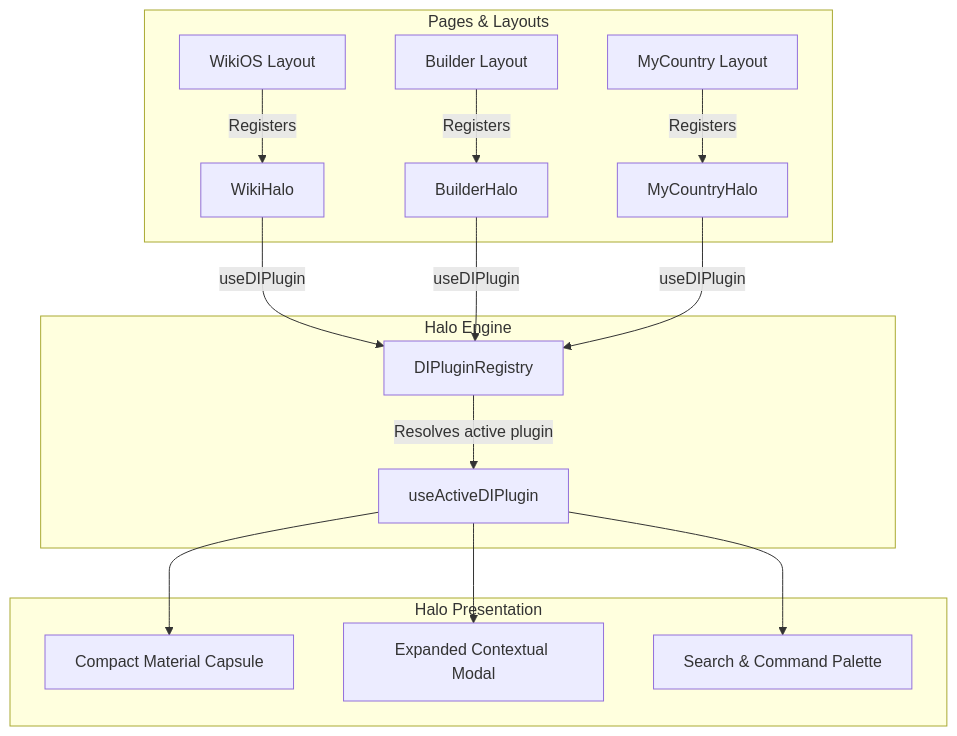
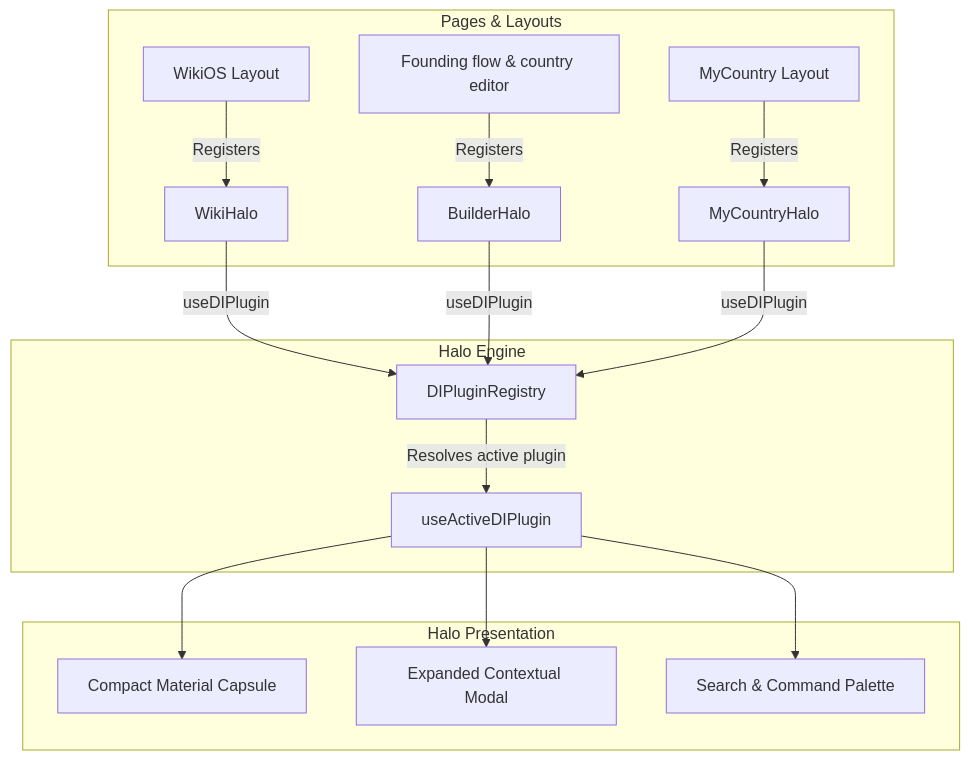
The diagram in docs/systems/halo.md (algolds/ixstats), drawn with Mermaid before and after one commit. The commit also changed other lines of this file and 38 other files, not shown here.

First line of the commit message:
Rewrite builder docs and help for the shipped founding flow and editor

````diff
--- a/docs/systems/halo.md
+++ b/docs/systems/halo.md
@@ -187,19 +187,19 @@
 ```mermaid
 graph TD
     subgraph Pages & Layouts
         Wiki[WikiOS Layout] -- Registers --> PluginW[WikiHalo]
-        Builder[Builder Layout] -- Registers --> PluginB[BuilderHalo]
+        Builder[Founding flow & country editor] -- Registers --> PluginB[BuilderHalo]
         Country[MyCountry Layout] -- Registers --> PluginC[MyCountryHalo]
     end
 
     subgraph Halo Engine
         PluginW & PluginB & PluginC -- useDIPlugin --> Registry[DIPluginRegistry]
         Registry -- Resolves active plugin --> Hook[useActiveDIPlugin]
     end
 
     subgraph Halo Presentation
         Hook --> CompactPill[Compact Material Capsule]
         Hook --> ExpandedModal[Expanded Contextual Modal]
         Hook --> SearchView[Search & Command Palette]
     end
 ```
````
